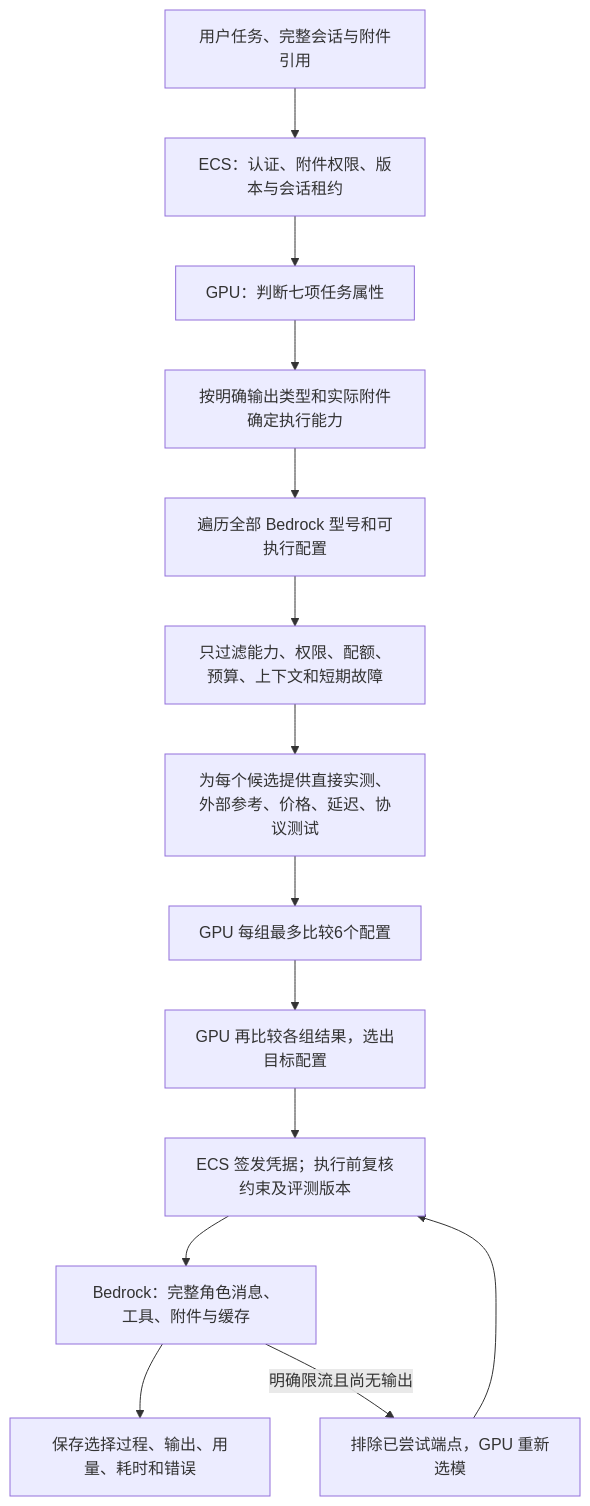
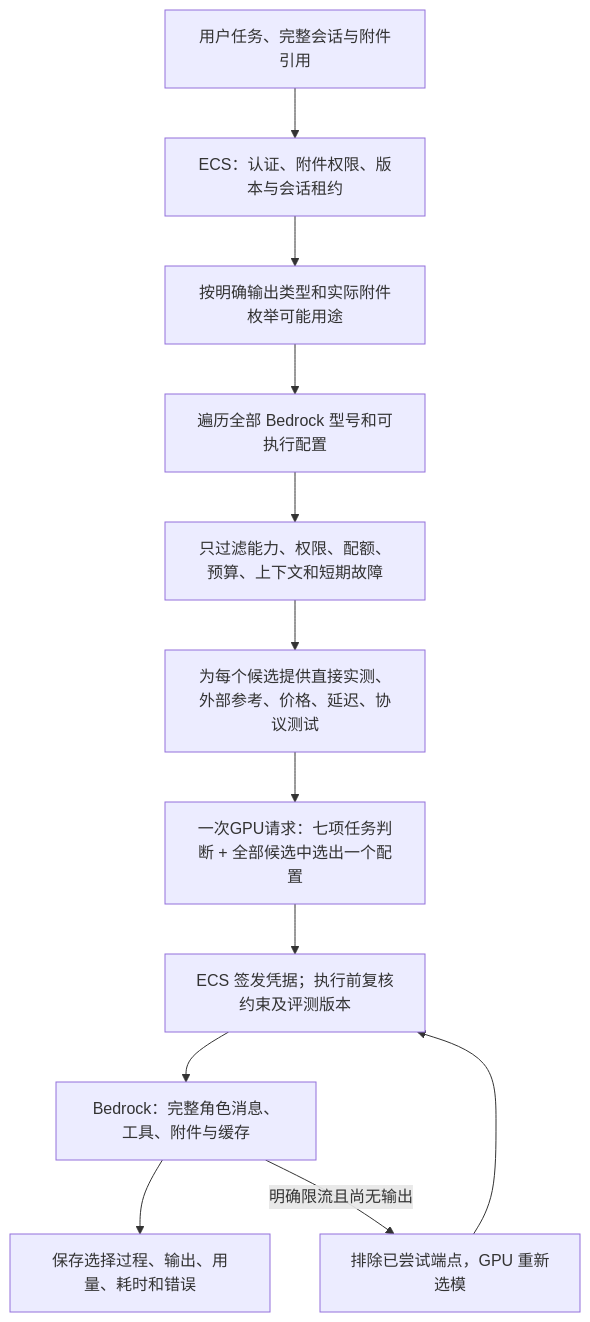
One commit to milan9527/DeciderModelRouter changed the diagram in docs/BEDROCK_CLASSIFIED_ROUTING.zh.md. Above: the diagram before and after it, drawn with Mermaid. The commit also changed other lines of this file and 38 other files, not shown here.

````diff
--- a/docs/BEDROCK_CLASSIFIED_ROUTING.zh.md
+++ b/docs/BEDROCK_CLASSIFIED_ROUTING.zh.md
@@ -9,16 +9,14 @@
 ```mermaid
 flowchart TD
     A[用户任务、完整会话与附件引用] --> B[ECS：认证、附件权限、版本与会话租约]
-    B --> C[GPU：判断七项任务属性]
-    C --> D[按明确输出类型和实际附件确定执行能力]
+    B --> D[按明确输出类型和实际附件枚举可能用途]
     D --> E[遍历全部 Bedrock 型号和可执行配置]
     E --> F[只过滤能力、权限、配额、预算、上下文和短期故障]
     F --> G[为每个候选提供直接实测、外部参考、价格、延迟、协议测试]
-    G --> H[GPU 每组最多比较6个配置]
-    H --> I[GPU 再比较各组结果，选出目标配置]
+    G --> I[一次GPU请求：七项任务判断 + 全部候选中选出一个配置]
     I --> J[ECS 签发凭据；执行前复核约束及评测版本]
     J --> K[Bedrock：完整角色消息、工具、附件与缓存]
     K --> L[保存选择过程、输出、用量、耗时和错误]
     K -->|明确限流且尚无输出| M[排除已尝试端点，GPU 重新选模]
     M --> J
 ```
````
